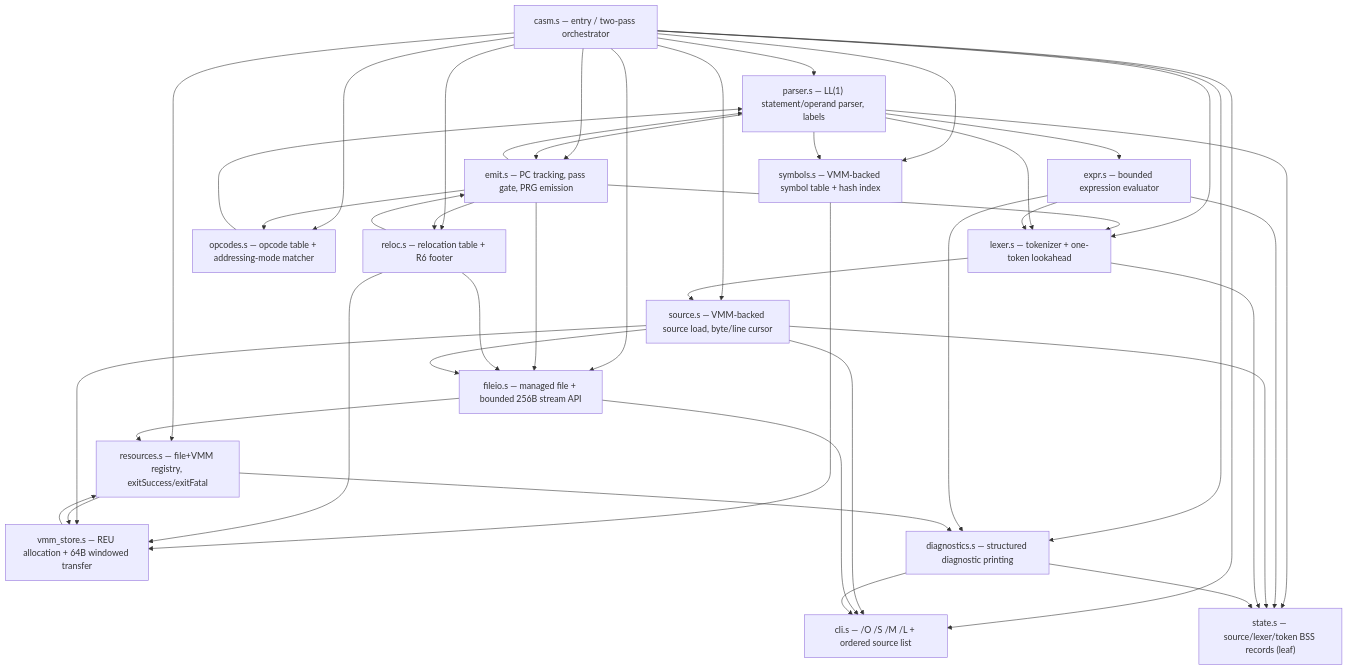
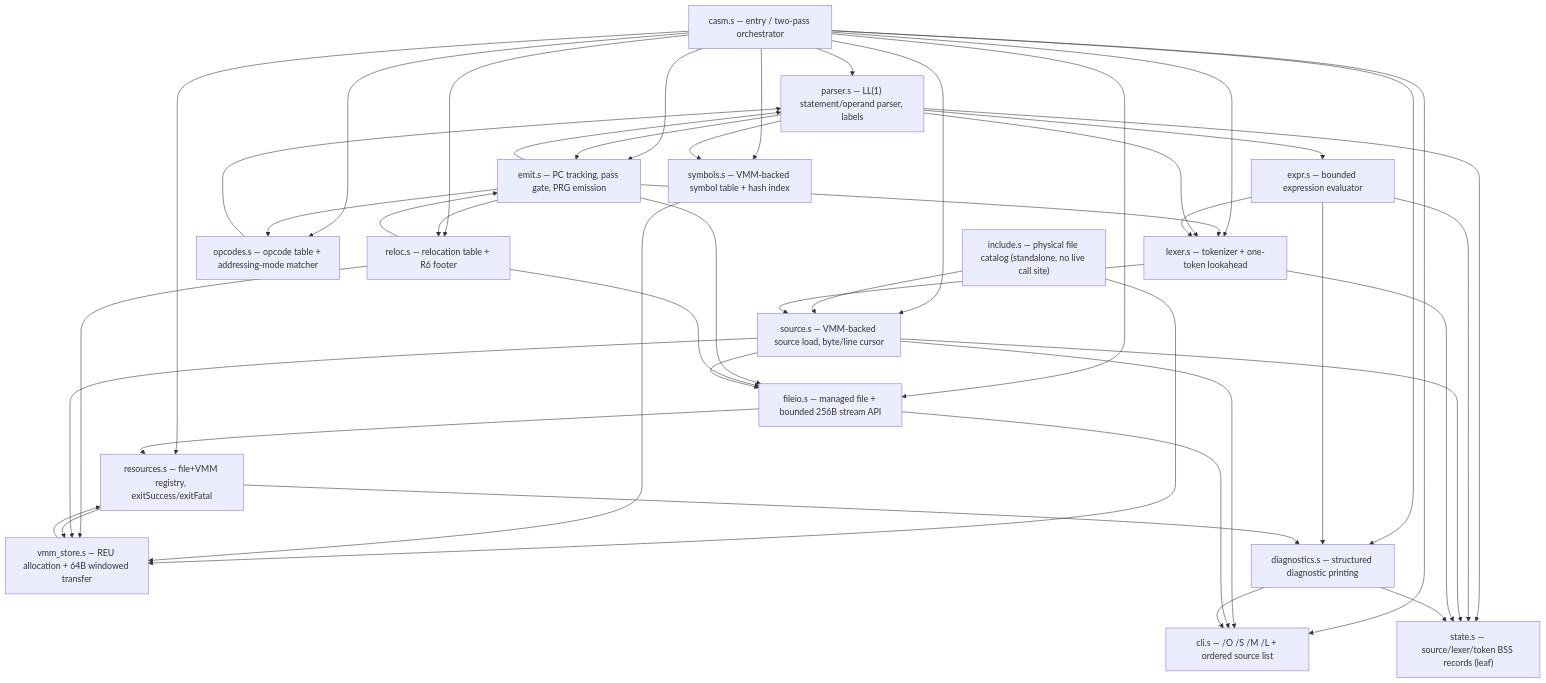
The first of 2 diagrams in wiki/casm-programmers-reference.md (corra/command64-os), drawn with Mermaid before and after one commit. The commit also changed other lines of this file, not shown here.

First line of the commit message:
Document CASM Phase 9 include work through WP46

````diff
--- a/wiki/casm-programmers-reference.md
+++ b/wiki/casm-programmers-reference.md
@@ -27,32 +31,34 @@
 ```mermaid
 flowchart TD
     casm["casm.s — entry / two-pass orchestrator"]
     resources["resources.s — file+VMM registry, exitSuccess/exitFatal"]
     cli["cli.s — /O /S /M /L + ordered source list"]
     fileio["fileio.s — managed file + bounded 256B stream API"]
     vmm["vmm_store.s — REU allocation + 64B windowed transfer"]
     source["source.s — VMM-backed source load, byte/line cursor"]
     lexer["lexer.s — tokenizer + one-token lookahead"]
     parser["parser.s — LL(1) statement/operand parser, labels"]
     expr["expr.s — bounded expression evaluator"]
     symbols["symbols.s — VMM-backed symbol table + hash index"]
     opcodes["opcodes.s — opcode table + addressing-mode matcher"]
     reloc["reloc.s — relocation table + R6 footer"]
+    include["include.s — physical file catalog (standalone, no live call site)"]
     diagnostics["diagnostics.s — structured diagnostic printing"]
     emit["emit.s — PC tracking, pass gate, PRG emission"]
     state["state.s — source/lexer/token BSS records (leaf)"]
 
     casm --> resources & cli & fileio & source & diagnostics & lexer & parser & opcodes & emit & symbols & reloc
+    include --> vmm & source
     emit --> parser & opcodes & fileio & lexer & reloc
     parser --> lexer & state & expr & symbols & emit
     expr --> lexer & state & diagnostics
     symbols --> vmm
     reloc --> vmm & fileio & emit
     source --> state & fileio & vmm & cli
     fileio --> resources & cli
     lexer --> state & source
     opcodes --> parser
     vmm --> resources
     resources --> diagnostics & vmm
     diagnostics --> state & cli
 ```
````
